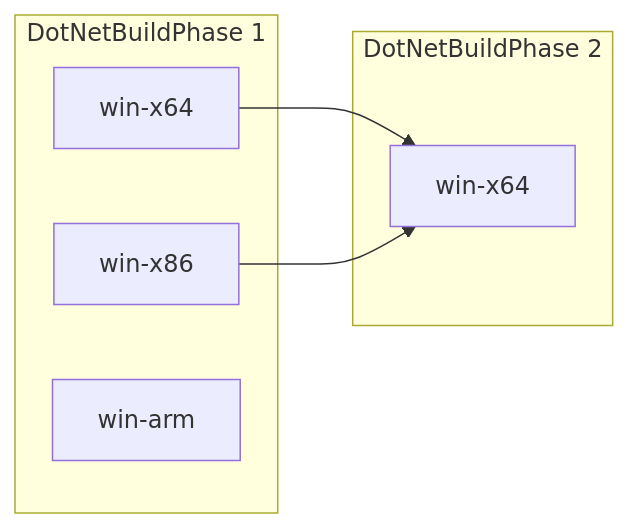
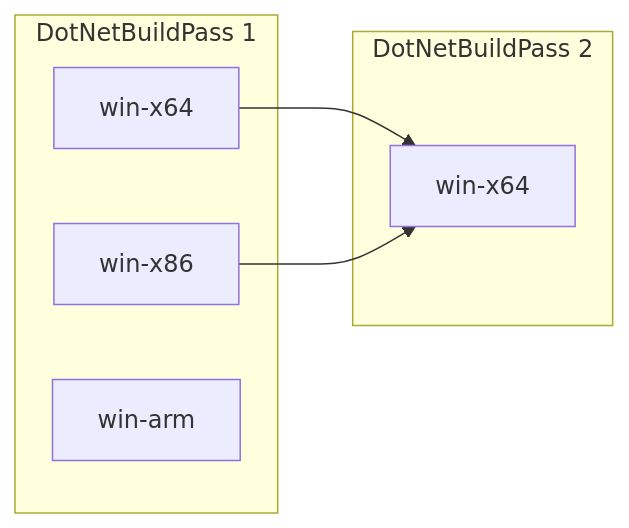
The diagram in Documentation/UnifiedBuild/Unified-Build-Join-Point.md (dotnet/arcade), drawn with Mermaid before and after one commit. The commit also changed other lines of this file, not shown here.

````diff
--- a/Documentation/UnifiedBuild/Unified-Build-Join-Point.md
+++ b/Documentation/UnifiedBuild/Unified-Build-Join-Point.md
@@ -15,16 +17,16 @@
 ```mermaid
 graph LR
 
-subgraph DotNetBuildPhase 1
+subgraph DotNetBuildPass 1
     A[win-x64]
     B[win-x86]
     C[win-arm]
 end
 
 A --> D
 B --> D
 
-subgraph DotNetBuildPhase 2
+subgraph DotNetBuildPass 2
     D[win-x64]
 end
 ```
````
